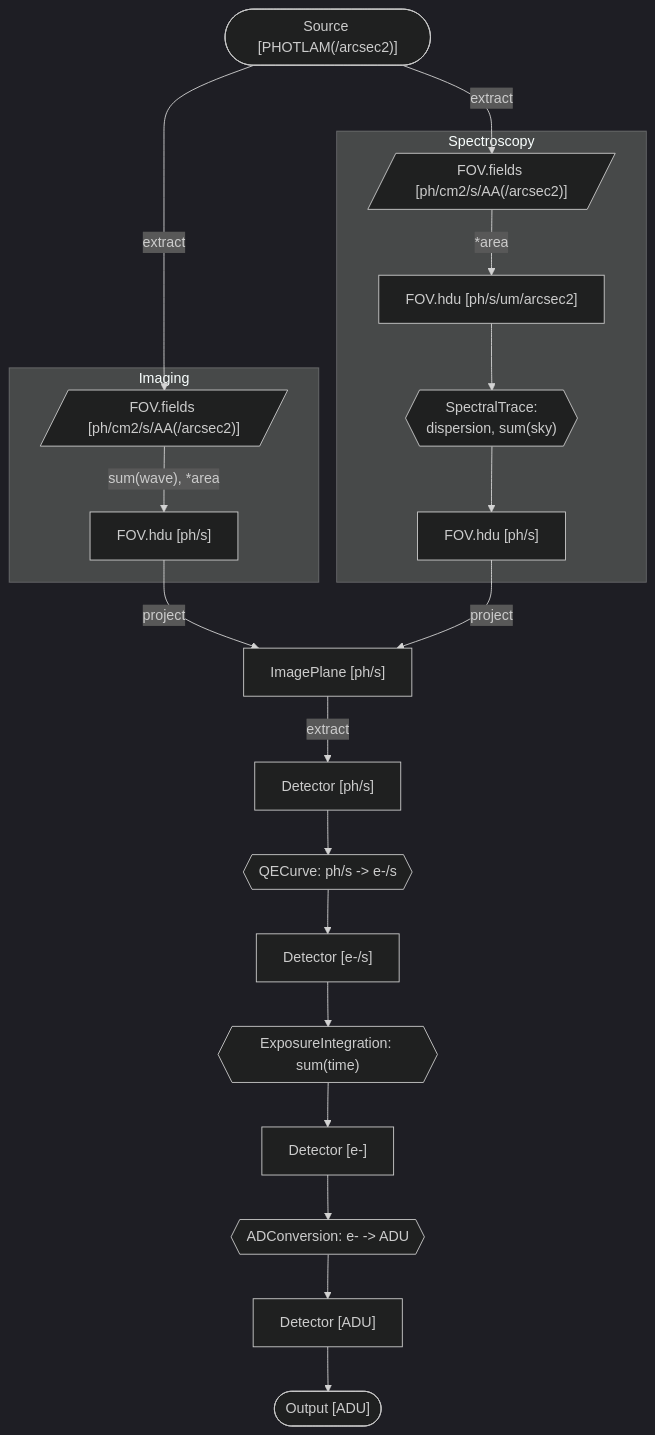
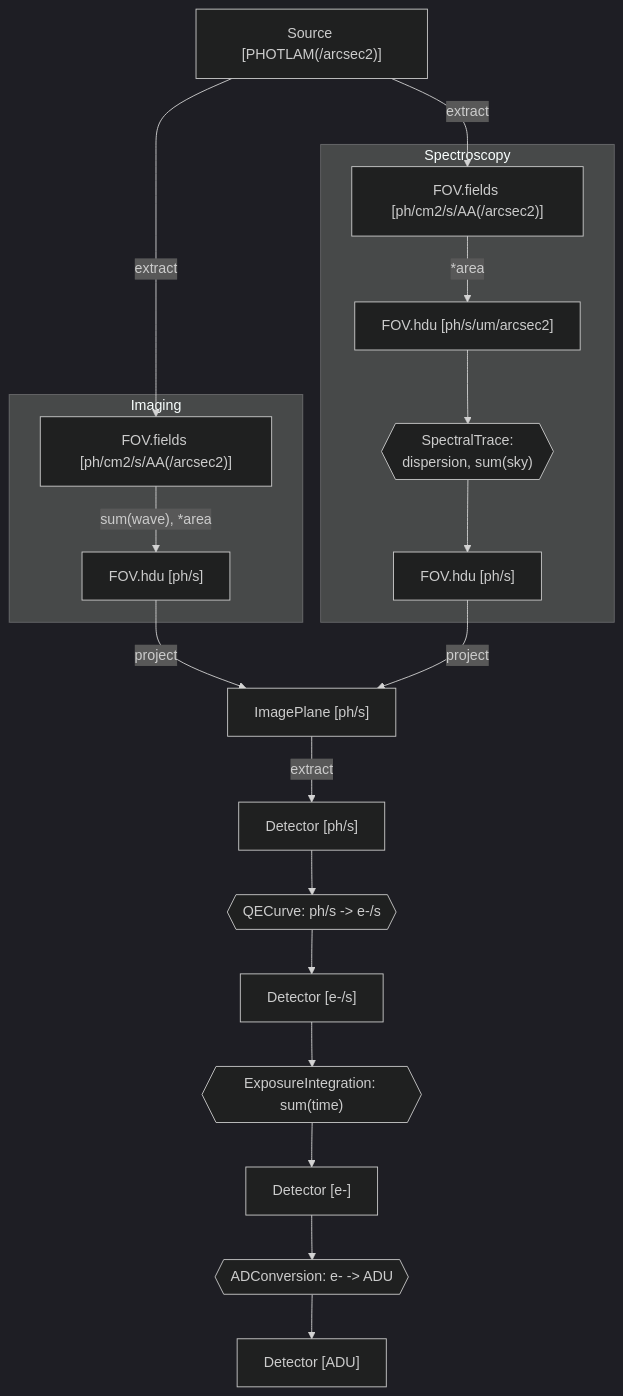
The diagram in docs/source/faqs/scopesim_units_flow.md (AstarVienna/ScopeSim), drawn with Mermaid before and after one commit. The commit also changed other lines of this file, not shown here.

Commit message:
Remove troublesome shapes

````diff
--- a/docs/source/faqs/scopesim_units_flow.md
+++ b/docs/source/faqs/scopesim_units_flow.md
@@ -7,42 +6,40 @@
 ```{mermaid}
 %%{init: {"theme": "dark"} }%%
 flowchart TB
-    Source(["Source [PHOTLAM(/arcsec2)]"])
-    FOV1[/"FOV.fields [ph/cm2/s/AA(/arcsec2)]"/]
+    Source["Source [PHOTLAM(/arcsec2)]"]
+    FOV1["FOV.fields [ph/cm2/s/AA(/arcsec2)]"]
     FOV2["FOV.hdu [ph/s]"]
-    FOV3[/"FOV.fields [ph/cm2/s/AA(/arcsec2)]"/]
+    FOV3["FOV.fields [ph/cm2/s/AA(/arcsec2)]"]
     FOV4["FOV.hdu [ph/s/um/arcsec2]"]
     FOV5["FOV.hdu [ph/s]"]
     SPT{{"`SpectralTrace:
           dispersion, sum(sky)`"}}
     IMP["ImagePlane [ph/s]"]
     Det1["Detector [ph/s]"]
     QECurve{{"QECurve: ph/s -> e-/s"}}
     Det2["Detector [e-/s]"]
     SE{{"ExposureIntegration: sum(time)"}}
     Det3["Detector [e-]"]
     ADC{{"ADConversion: e- -> ADU"}}
     Det4["Detector [ADU]"]
-    Output(["Output [ADU]"])
 
     Source-- extract -->FOV1
     subgraph Imaging
         FOV1-- "sum(wave), *area" -->FOV2
     end
     Source-- extract -->FOV3
     subgraph Spectroscopy
         FOV3-- *area -->FOV4
         FOV4-->SPT
         SPT-->FOV5
     end
     FOV2-- project -->IMP
     FOV5-- project -->IMP
     IMP-- "extract" -->Det1
     Det1-->QECurve
     QECurve-->Det2
     Det2-->SE
     SE-->Det3
     Det3-->ADC
     ADC-->Det4
-    Det4-->Output
 ```
````
